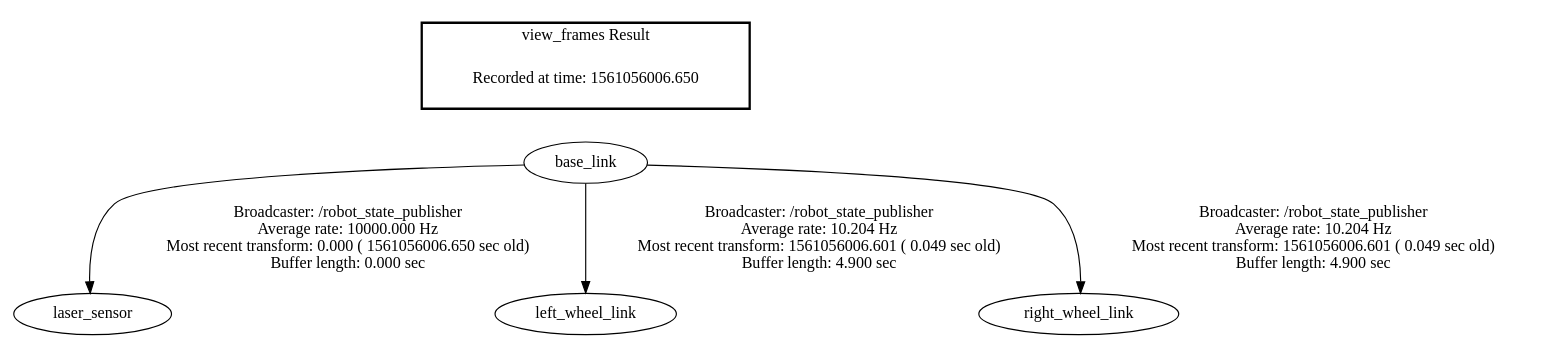
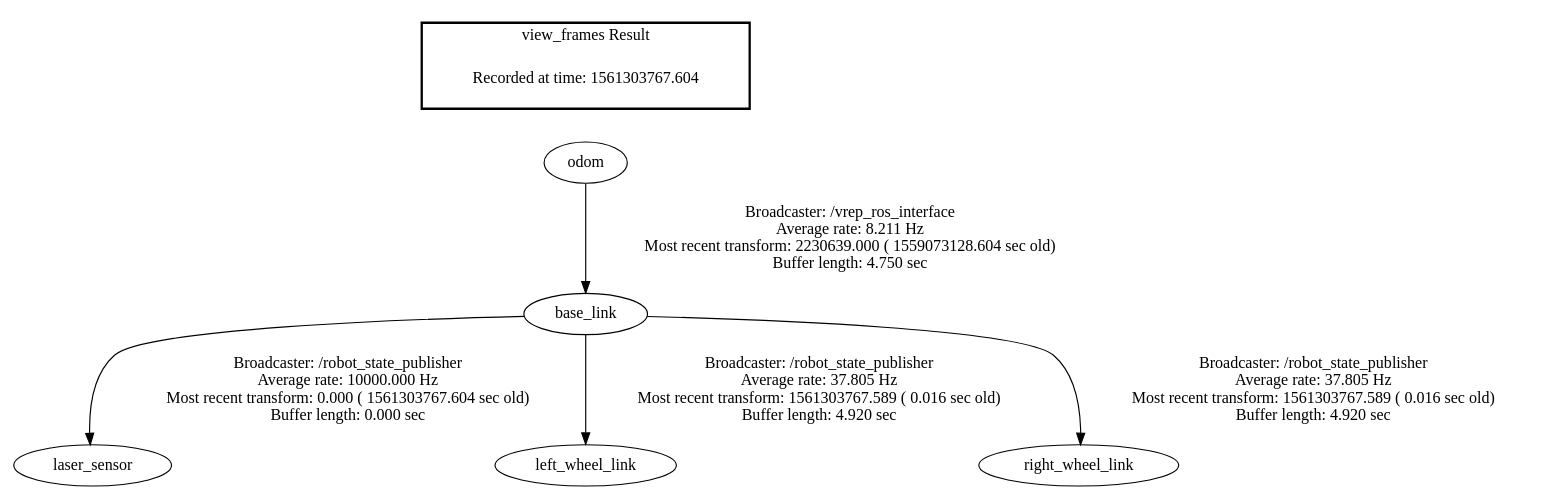
The diagram in tf/frames.gv (fayyazpocker/pocker_bot_vrep_description), drawn with Graphviz before and after one commit. The commit also changed 8 other files, not shown here.

```diff
--- a/tf/frames.gv
+++ b/tf/frames.gv
@@ -1,9 +1,10 @@
 digraph G {
-"base_link" -> "laser_sensor"[label="Broadcaster: /robot_state_publisher\nAverage rate: 10000.000 Hz\nMost recent transform: 0.000 ( 1561056006.650 sec old)\nBuffer length: 0.000 sec\n"];
-"base_link" -> "left_wheel_link"[label="Broadcaster: /robot_state_publisher\nAverage rate: 10.204 Hz\nMost recent transform: 1561056006.601 ( 0.049 sec old)\nBuffer length: 4.900 sec\n"];
-"base_link" -> "right_wheel_link"[label="Broadcaster: /robot_state_publisher\nAverage rate: 10.204 Hz\nMost recent transform: 1561056006.601 ( 0.049 sec old)\nBuffer length: 4.900 sec\n"];
+"base_link" -> "laser_sensor"[label="Broadcaster: /robot_state_publisher\nAverage rate: 10000.000 Hz\nMost recent transform: 0.000 ( 1561303767.604 sec old)\nBuffer length: 0.000 sec\n"];
+"odom" -> "base_link"[label="Broadcaster: /vrep_ros_interface\nAverage rate: 8.211 Hz\nMost recent transform: 2230639.000 ( 1559073128.604 sec old)\nBuffer length: 4.750 sec\n"];
+"base_link" -> "left_wheel_link"[label="Broadcaster: /robot_state_publisher\nAverage rate: 37.805 Hz\nMost recent transform: 1561303767.589 ( 0.016 sec old)\nBuffer length: 4.920 sec\n"];
+"base_link" -> "right_wheel_link"[label="Broadcaster: /robot_state_publisher\nAverage rate: 37.805 Hz\nMost recent transform: 1561303767.589 ( 0.016 sec old)\nBuffer length: 4.920 sec\n"];
 edge [style=invis];
  subgraph cluster_legend { style=bold; color=black; label ="view_frames Result";
-"Recorded at time: 1561056006.650"[ shape=plaintext ] ;
- }->"base_link";
+"Recorded at time: 1561303767.604"[ shape=plaintext ] ;
+ }->"odom";
 }
```
